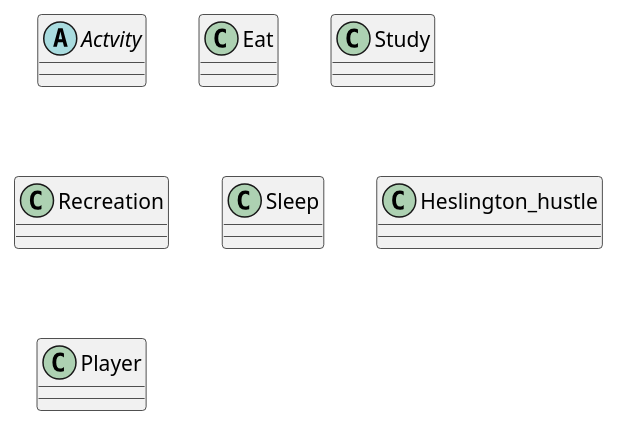
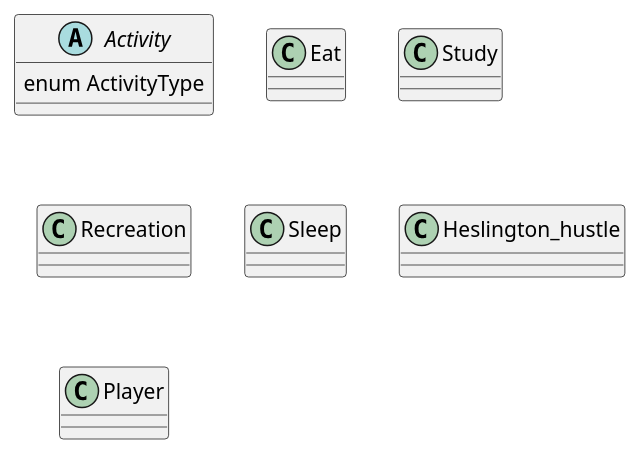
Before and after one commit to Mxtt-smith/Group-12-ENG1: the diagram in UML_Diagrams/Game_Class_Diagram.puml, drawn with PlantUML. The commit also changed 2 other files, not shown here.

Commit message:
added class diagrams

```diff
--- a/UML_Diagrams/Game_Class_Diagram.puml
+++ b/UML_Diagrams/Game_Class_Diagram.puml
@@ -1,20 +1,22 @@
 @startuml
 'https://plantuml.com/class-diagram
 
-abstract class Actvity
+abstract class Activity{
+    enum ActivityType
+}
 
 class Eat
 
 class Study
 
 class Recreation
 
 class Sleep
 
 class Heslington_hustle
 
 class Player
 
 
 
 @enduml
```
